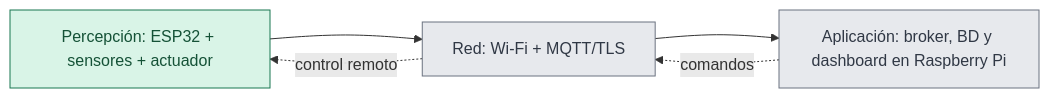
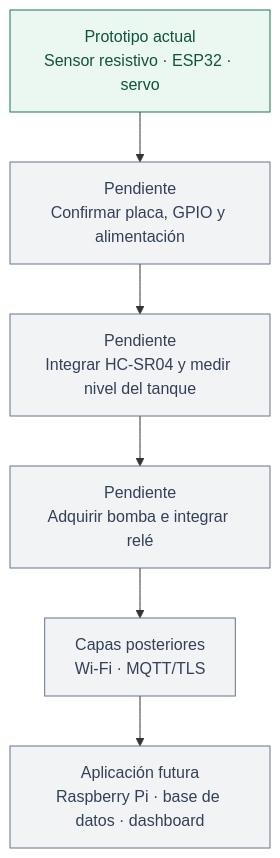
Before and after one commit to spalacioc05/jardin-inteligente-iot-capa-percepcion: the fourth of 4 diagrams in docs/ARQUITECTURA.md, drawn with Mermaid. The commit also changed other lines of this file and 24 other files, not shown here.

Commit message:
docs: refine perception deliverable and Mermaid diagrams; fix reference control error handling

````diff
--- a/docs/ARQUITECTURA.md
+++ b/docs/ARQUITECTURA.md
@@ -75,11 +82,12 @@
 ```mermaid
-flowchart LR
-  S["Percepción: ESP32 + sensores + actuador"] --> N["Red: Wi-Fi + MQTT/TLS"]
-  N --> A["Aplicación: broker, BD y dashboard en Raspberry Pi"]
-  A -. comandos .-> N
-  N -. control remoto .-> S
-  classDef presente fill:#d9f4e7,stroke:#187651,color:#155237
-  classDef futuro fill:#e7e9ed,stroke:#6b7280,color:#303845
-  class S presente
-  class N,A futuro
+flowchart TB
+  A["Prototipo actual<br/>Sensor resistivo · ESP32 · servo"] --> B["Pendiente<br/>Confirmar placa, GPIO y alimentación"]
+  B --> C["Pendiente<br/>Integrar HC-SR04 y medir nivel del tanque"]
+  C --> D["Pendiente<br/>Adquirir bomba e integrar relé"]
+  D --> E["Capas posteriores<br/>Wi-Fi · MQTT/TLS"]
+  E --> F["Aplicación futura<br/>Raspberry Pi · base de datos · dashboard"]
+  classDef actual fill:#eaf8f1,stroke:#187651,color:#12543a
+  classDef futuro fill:#f1f3f5,stroke:#64748b,color:#334155
+  class A actual
+  class B,C,D,E,F futuro
 ```
````
